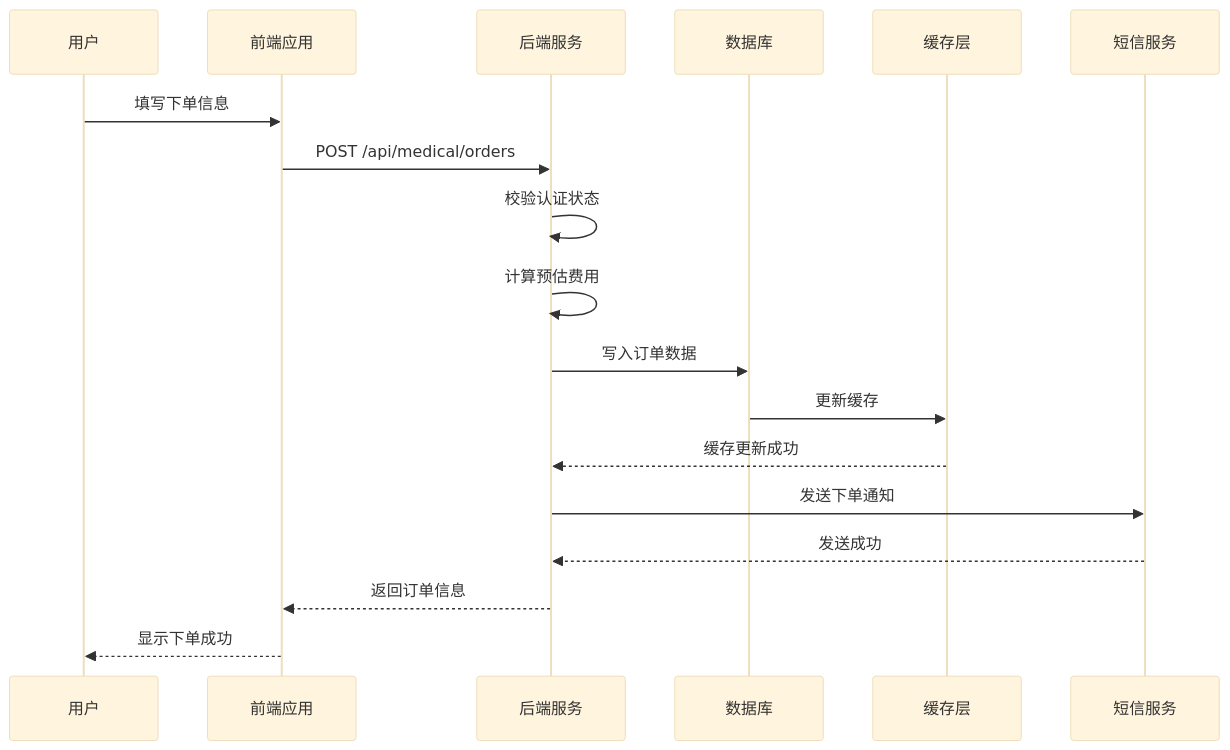
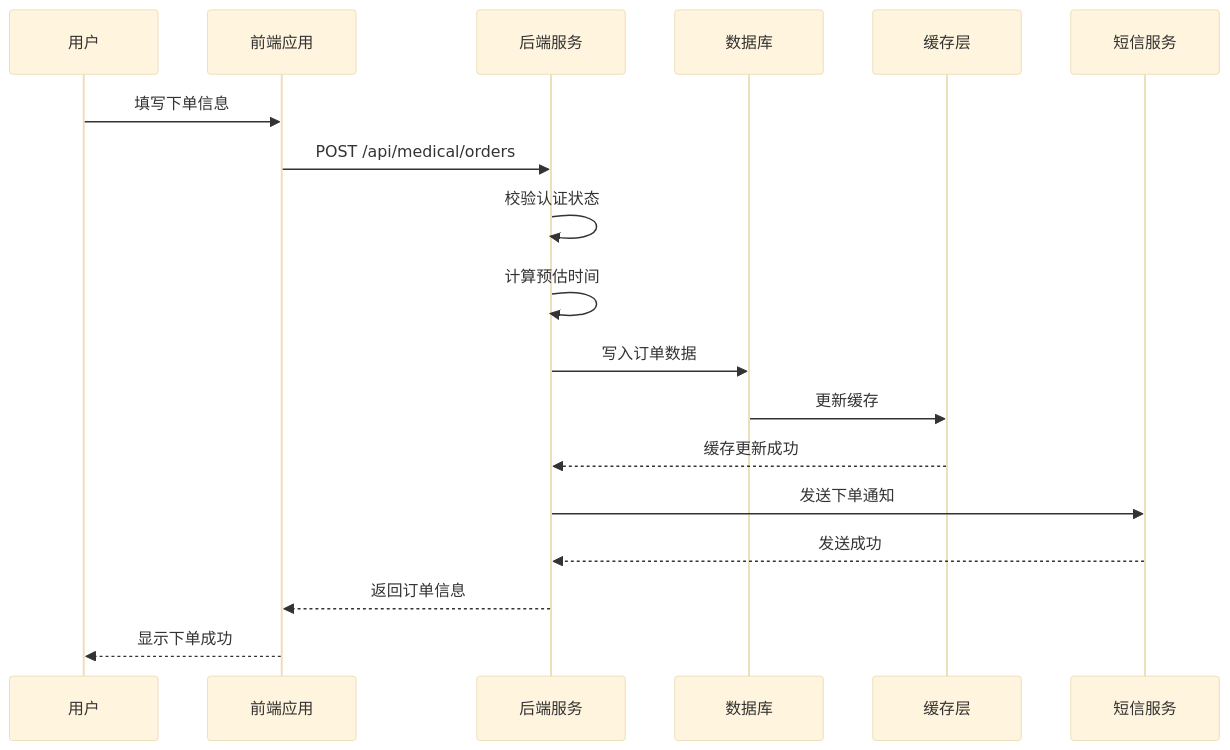
One commit to Giraffe-Han/microAPP changed the sixth of 18 diagrams in .qoder/repowiki/zh/content/业务功能模块/医疗配送模块功能设计.md. Above: the diagram before and after it, drawn with Mermaid (base theme). The commit also changed other lines of this file and 143 other files, not shown here.

````diff
--- a/.qoder/repowiki/zh/content/业务功能模块/医疗配送模块功能设计.md
+++ b/.qoder/repowiki/zh/content/业务功能模块/医疗配送模块功能设计.md
@@ -334,20 +332,20 @@
 ```mermaid
 sequenceDiagram
 participant User as 用户
 participant Frontend as 前端应用
 participant Backend as 后端服务
 participant DB as 数据库
 participant Cache as 缓存层
 participant SMS as 短信服务
 User->>Frontend : 填写下单信息
 Frontend->>Backend : POST /api/medical/orders
 Backend->>Backend : 校验认证状态
-Backend->>Backend : 计算预估费用
+Backend->>Backend : 计算预估时间
 Backend->>DB : 写入订单数据
 DB->>Cache : 更新缓存
 Cache-->>Backend : 缓存更新成功
 Backend->>SMS : 发送下单通知
 SMS-->>Backend : 发送成功
 Backend-->>Frontend : 返回订单信息
 Frontend-->>User : 显示下单成功
 ```
````
